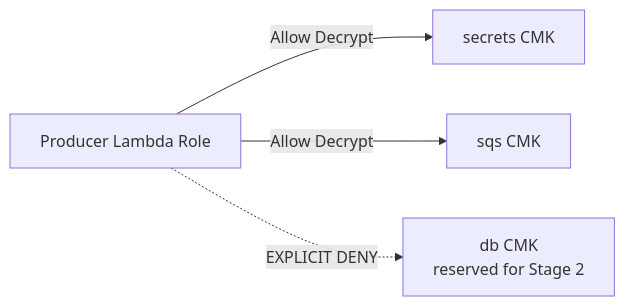
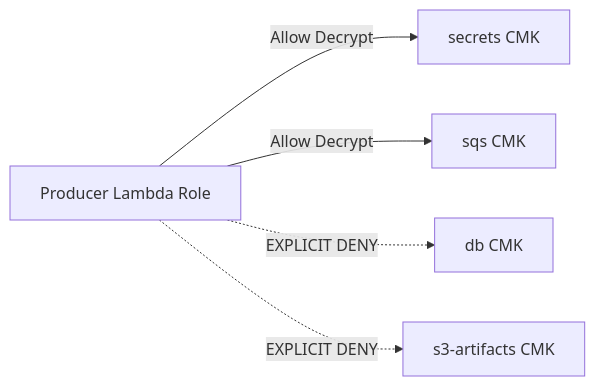
One commit to akhiljoe/razorpay-payment-integration changed the third of 8 diagrams in designs/MIGRATION_WRITEUP.md. Above: the diagram before and after it, drawn with Mermaid. The commit also changed other lines of this file and 3 other files, not shown here.

````diff
--- a/designs/MIGRATION_WRITEUP.md
+++ b/designs/MIGRATION_WRITEUP.md
@@ -378,7 +256,8 @@
 ```mermaid
 flowchart LR
     PRODROLE[Producer Lambda Role]
     PRODROLE -->|Allow Decrypt| SECRETSCMK[secrets CMK]
     PRODROLE -->|Allow Decrypt| SQSCMK[sqs CMK]
-    PRODROLE -.EXPLICIT DENY.-> DBCMK[db CMK<br/>reserved for Stage 2]
+    PRODROLE -.EXPLICIT DENY.-> DBCMK[db CMK]
+    PRODROLE -.EXPLICIT DENY.-> S3CMK[s3-artifacts CMK]
 ```
````
